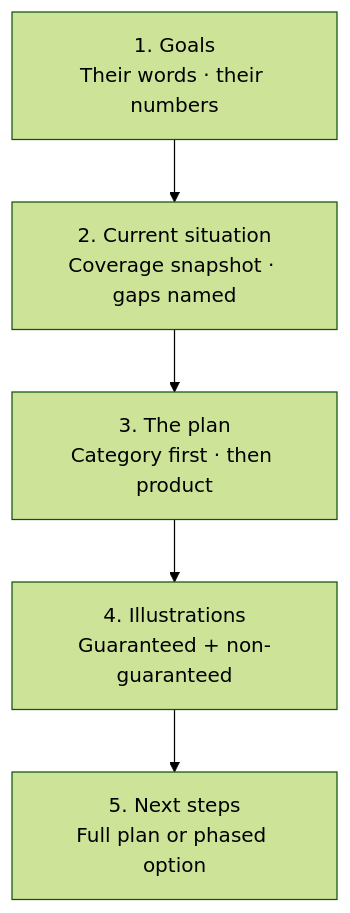
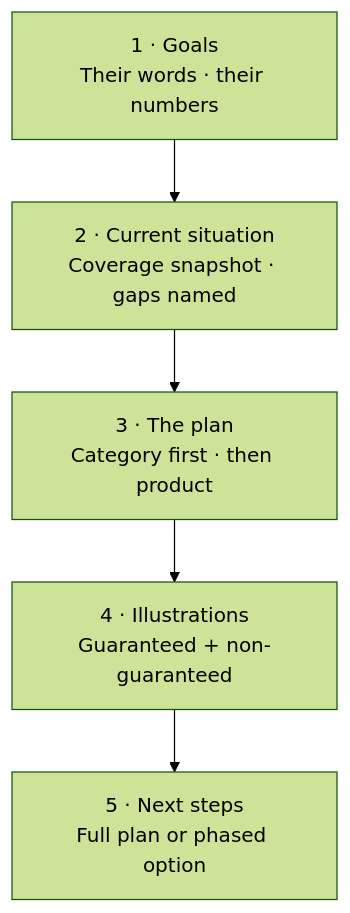
The first of 2 diagrams in docs/first-60-days/week-10/day-59.md (leotansingapore/aia-product-compass-hub), drawn with Mermaid (forest theme) before and after one commit. The commit also changed 7 other files, not shown here.

Commit message:
Mermaid diagrams on days 6, 37, 45, 51, 54, 58, 59, 60 now render — numeric list prefixes and dense calendar labels were triggering strict-mode rejections

````diff
--- a/docs/first-60-days/week-10/day-59.md
+++ b/docs/first-60-days/week-10/day-59.md
@@ -41,9 +41,9 @@
 ```mermaid
 flowchart TD
-    P1["1. Goals<br/>Their words · their numbers"]
-    P2["2. Current situation<br/>Coverage snapshot · gaps named"]
-    P3["3. The plan<br/>Category first · then product"]
-    P4["4. Illustrations<br/>Guaranteed + non-guaranteed"]
-    P5["5. Next steps<br/>Full plan or phased option"]
+    P1["1 · Goals<br/>Their words · their numbers"]
+    P2["2 · Current situation<br/>Coverage snapshot · gaps named"]
+    P3["3 · The plan<br/>Category first · then product"]
+    P4["4 · Illustrations<br/>Guaranteed + non-guaranteed"]
+    P5["5 · Next steps<br/>Full plan or phased option"]
     P1 --> P2 --> P3 --> P4 --> P5
 ```
````
